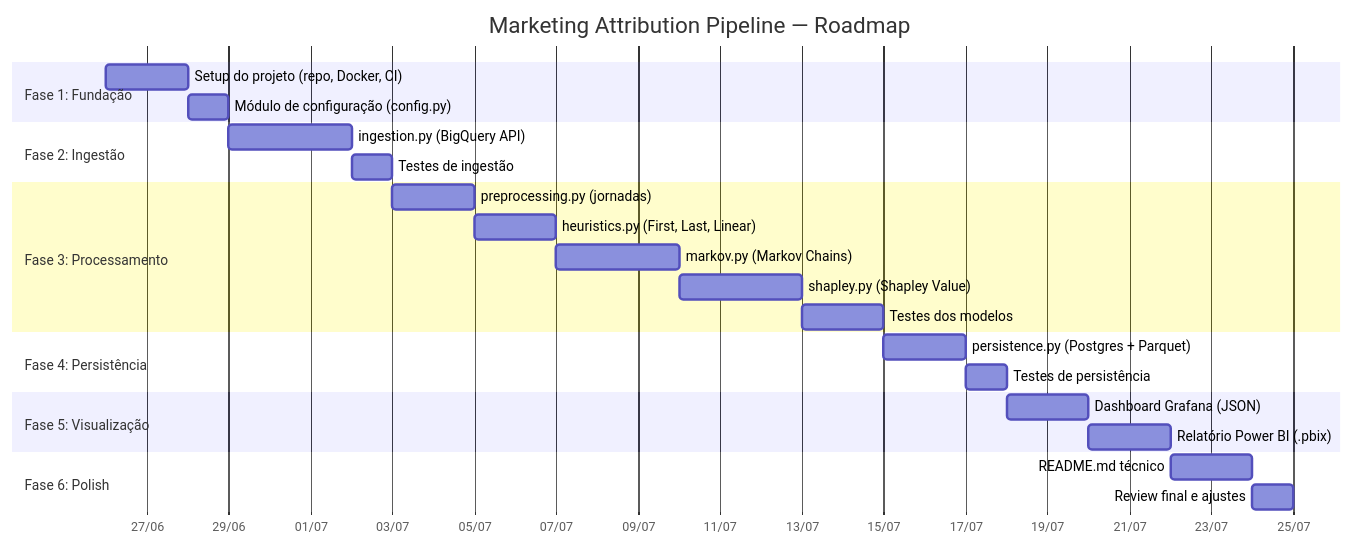
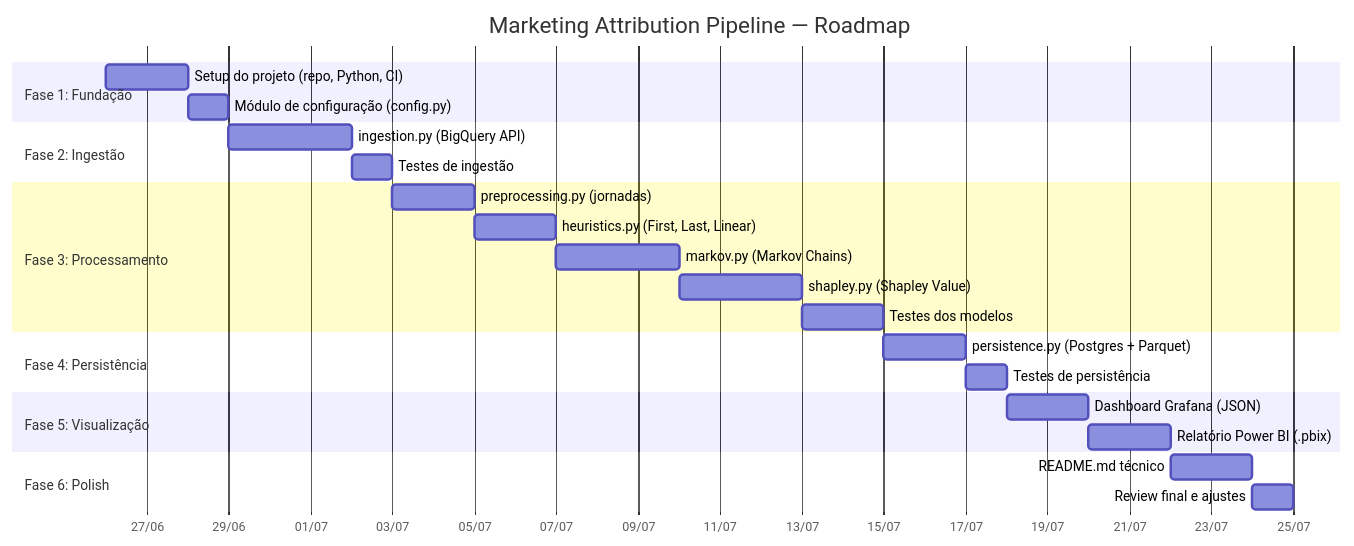
The third of 3 diagrams in docs/PRD.md (Anotther/marketing-attribution), drawn with Mermaid before and after one commit. The commit also changed other lines of this file and 9 other files, not shown here.

````diff
--- a/docs/PRD.md
+++ b/docs/PRD.md
@@ -337,33 +328,33 @@
 ```mermaid
 gantt
     title Marketing Attribution Pipeline — Roadmap
     dateFormat  YYYY-MM-DD
     axisFormat  %d/%m
 
     section Fase 1: Fundação
-        Setup do projeto (repo, Docker, CI)         :f1, 2026-06-26, 2d
+        Setup do projeto (repo, Python, CI)         :f1, 2026-06-26, 2d
         Módulo de configuração (config.py)           :f2, after f1, 1d
 
     section Fase 2: Ingestão
         ingestion.py (BigQuery API)                  :f3, after f2, 3d
         Testes de ingestão                           :f4, after f3, 1d
 
     section Fase 3: Processamento
         preprocessing.py (jornadas)                  :f5, after f4, 2d
         heuristics.py (First, Last, Linear)          :f6, after f5, 2d
         markov.py (Markov Chains)                    :f7, after f6, 3d
         shapley.py (Shapley Value)                   :f8, after f7, 3d
         Testes dos modelos                           :f9, after f8, 2d
 
     section Fase 4: Persistência
         persistence.py (Postgres + Parquet)            :f10, after f9, 2d
         Testes de persistência                       :f11, after f10, 1d
 
     section Fase 5: Visualização
         Dashboard Grafana (JSON)                     :f12, after f11, 2d
         Relatório Power BI (.pbix)                   :f13, after f12, 2d
 
     section Fase 6: Polish
         README.md técnico                            :f14, after f13, 2d
         Review final e ajustes                       :f15, after f14, 1d
 ```
````
